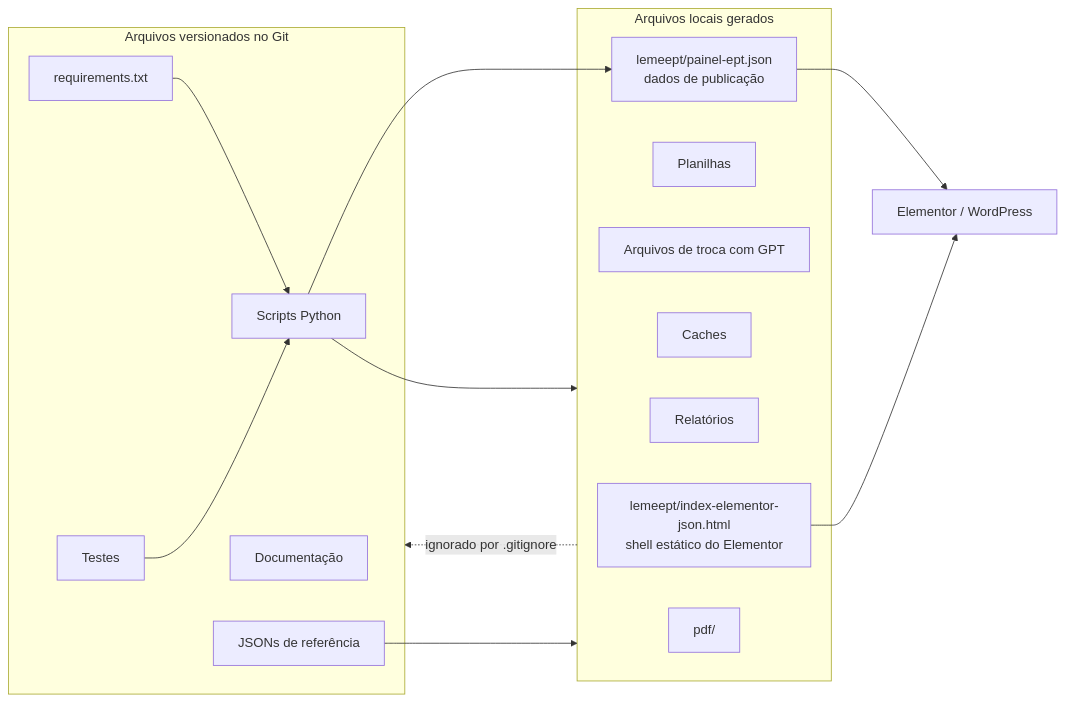
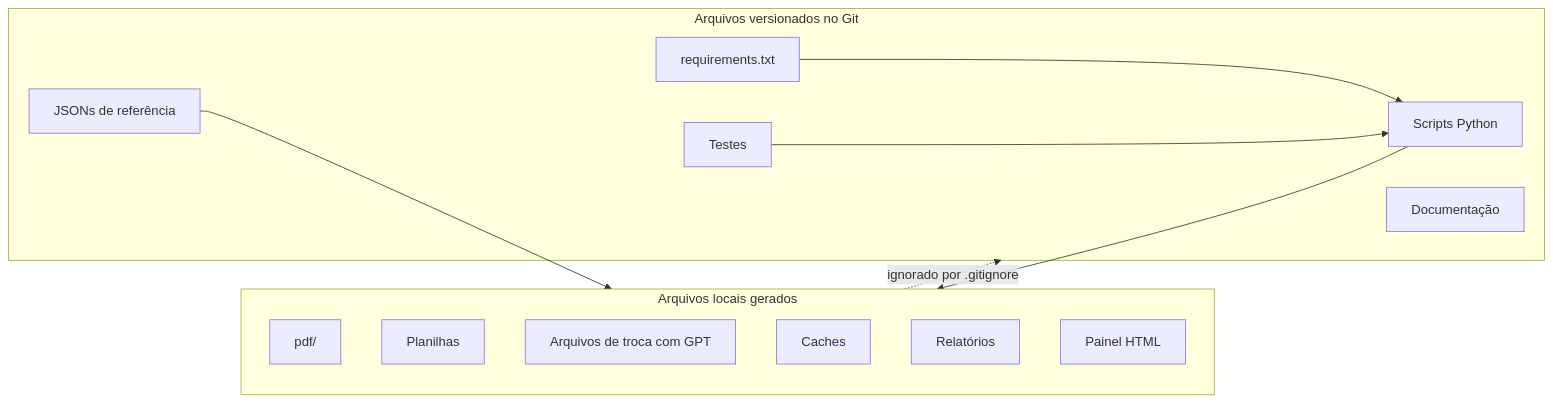
The seventh of 8 diagrams in DIAGRAMAS.md (regi-lpf/lemeept), drawn with Mermaid before and after one commit. The commit also changed other lines of this file and 23 other files, not shown here.

````diff
--- a/DIAGRAMAS.md
+++ b/DIAGRAMAS.md
@@ -432,29 +327,25 @@
 ```mermaid
 flowchart LR
     subgraph Git["Arquivos versionados no Git"]
         COD["Scripts Python"]
         REQ["requirements.txt"]
         DOC["Documentação"]
         TEST["Testes"]
         RJSON["JSONs de referência"]
     end
 
     subgraph Local["Arquivos locais gerados"]
         PDFs["pdf/"]
         PLAN["Planilhas"]
         GPTF["Arquivos de troca com GPT"]
         CACHES["Caches"]
         REPORTS["Relatórios"]
-        SHELL["lemeept/index-elementor-json.html<br/>shell estático do Elementor"]
-        DATA["lemeept/painel-ept.json<br/>dados de publicação"]
+        PANEL["Painel HTML"]
     end
 
     COD --> Local
     REQ --> COD
     RJSON --> Local
     TEST --> COD
-    COD --> DATA
-    SHELL --> WP["Elementor / WordPress"]
-    DATA --> WP
     Local -.->|ignorado por .gitignore| Git
 ```
````
